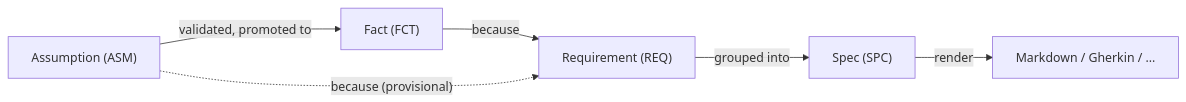
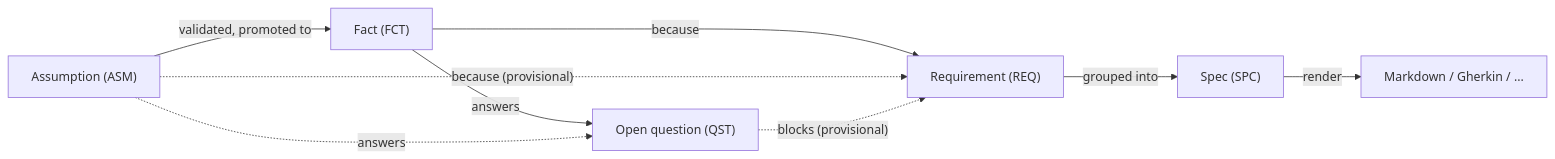
Before and after one commit to jvanheerikhuize/asdlc-meta-specs: the diagram in README.md, drawn with Mermaid. The commit also changed other lines of this file and 5 other files, not shown here.

````diff
--- a/README.md
+++ b/README.md
@@ -40,8 +42,11 @@
 ```mermaid
 flowchart LR
     ASM["Assumption (ASM)"] -->|"validated, promoted to"| FCT["Fact (FCT)"]
     FCT -->|"because"| REQ["Requirement (REQ)"]
     ASM -.->|"because (provisional)"| REQ
+    QST["Open question (QST)"] -.->|"blocks (provisional)"| REQ
+    FCT -->|"answers"| QST
+    ASM -.->|"answers"| QST
     REQ -->|"grouped into"| SPC["Spec (SPC)"]
     SPC -->|"render"| OUT["Markdown / Gherkin / ..."]
 ```
````
